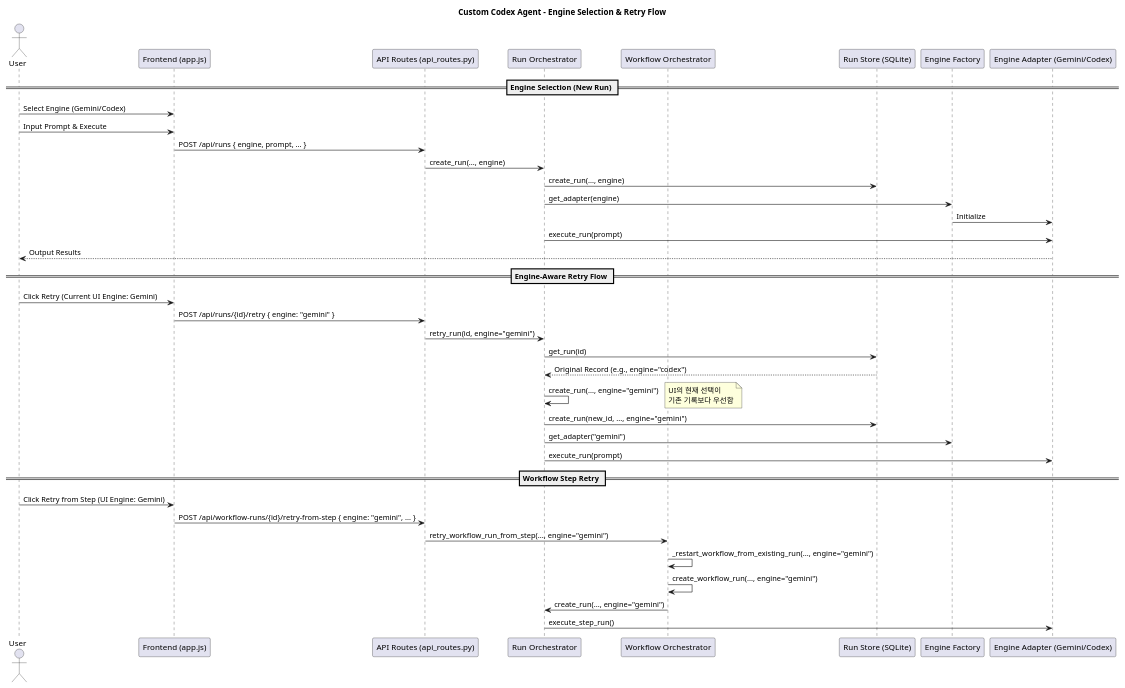
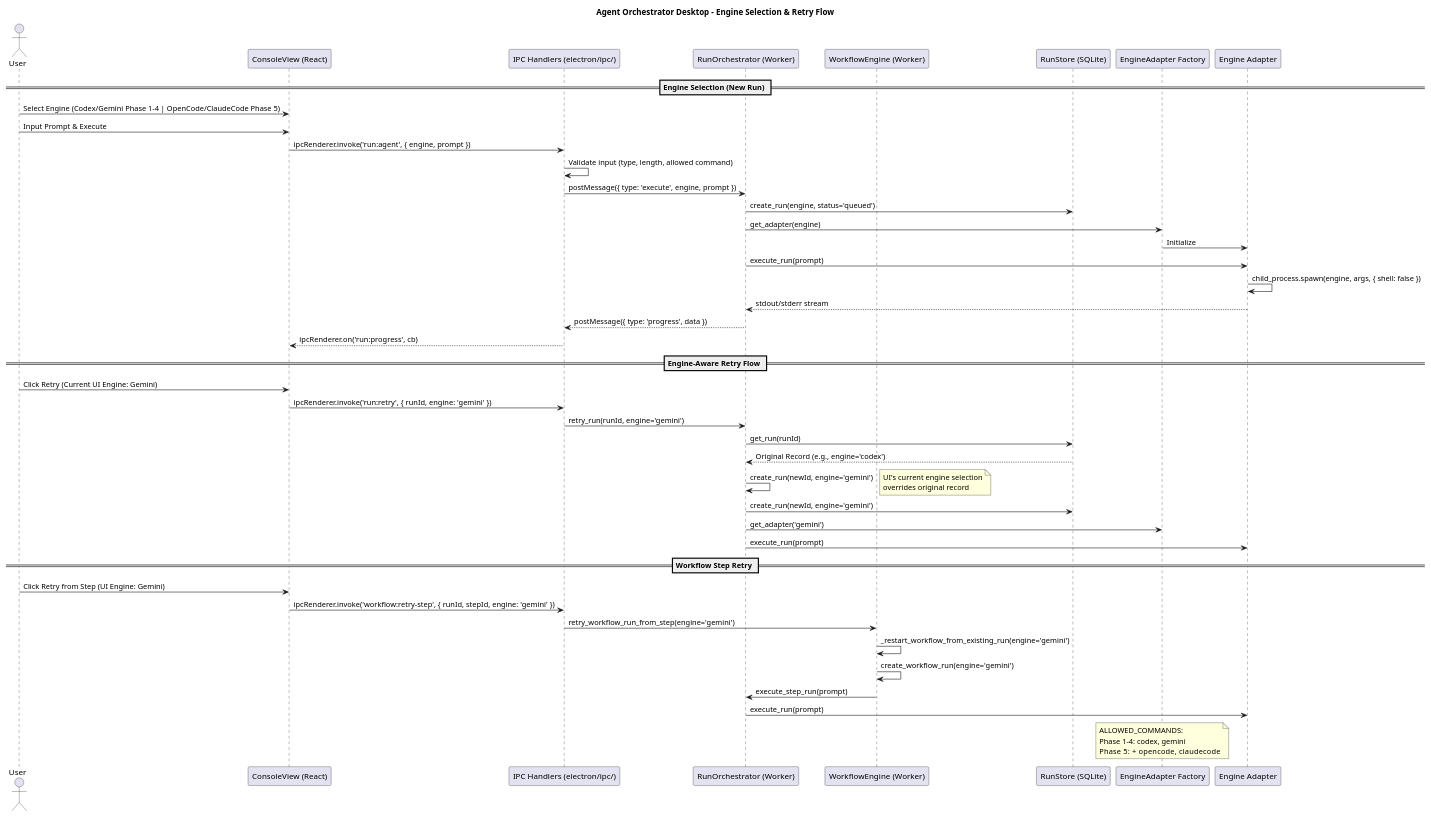
The diagram in document/engine_selection_flow.puml (kim57uak/custom-codex-agent), drawn with PlantUML before and after one commit. The commit also changed 137 other files, not shown here.

First line of the commit message:
feat: migrate from Python/FastAPI web app to Electron/TypeScript desktop app

```diff
--- a/document/engine_selection_flow.puml
+++ b/document/engine_selection_flow.puml
@@ -1,45 +1,55 @@
 @startuml
-title Custom Codex Agent - Engine Selection & Retry Flow
+title Agent Orchestrator Desktop - Engine Selection & Retry Flow
 
 actor User
-participant "Frontend (app.js)" as UI
-participant "API Routes (api_routes.py)" as API
-participant "Run Orchestrator" as RunOrc
-participant "Workflow Orchestrator" as WorkOrc
-participant "Run Store (SQLite)" as Store
-participant "Engine Factory" as Factory
-participant "Engine Adapter (Gemini/Codex)" as Adapter
+participant "ConsoleView (React)" as UI
+participant "IPC Handlers (electron/ipc/)" as IPC
+participant "RunOrchestrator (Worker)" as RO
+participant "WorkflowEngine (Worker)" as WE
+participant "RunStore (SQLite)" as RS
+participant "EngineAdapter Factory" as Factory
+participant "Engine Adapter" as Adapter
 
 == Engine Selection (New Run) ==
-User -> UI: Select Engine (Gemini/Codex)
+User -> UI: Select Engine (Codex/Gemini Phase 1-4 | OpenCode/ClaudeCode Phase 5)
 User -> UI: Input Prompt & Execute
-UI -> API: POST /api/runs { engine, prompt, ... }
-API -> RunOrc: create_run(..., engine)
-RunOrc -> Store: create_run(..., engine)
-RunOrc -> Factory: get_adapter(engine)
+UI -> IPC: ipcRenderer.invoke('run:agent', { engine, prompt })
+IPC -> IPC: Validate input (type, length, allowed command)
+IPC -> RO: postMessage({ type: 'execute', engine, prompt })
+RO -> RS: create_run(engine, status='queued')
+RO -> Factory: get_adapter(engine)
 Factory -> Adapter: Initialize
-RunOrc -> Adapter: execute_run(prompt)
-Adapter --> User: Output Results
+RO -> Adapter: execute_run(prompt)
+Adapter -> Adapter: child_process.spawn(engine, args, { shell: false })
+Adapter --> RO: stdout/stderr stream
+RO --> IPC: postMessage({ type: 'progress', data })
+IPC --> UI: ipcRenderer.on('run:progress', cb)
 
 == Engine-Aware Retry Flow ==
 User -> UI: Click Retry (Current UI Engine: Gemini)
-UI -> API: POST /api/runs/{id}/retry { engine: "gemini" }
-API -> RunOrc: retry_run(id, engine="gemini")
-RunOrc -> Store: get_run(id)
-Store --> RunOrc: Original Record (e.g., engine="codex")
-RunOrc -> RunOrc: create_run(..., engine="gemini")
-note right: UI의 현재 선택이\n기존 기록보다 우선함
-RunOrc -> Store: create_run(new_id, ..., engine="gemini")
-RunOrc -> Factory: get_adapter("gemini")
-RunOrc -> Adapter: execute_run(prompt)
+UI -> IPC: ipcRenderer.invoke('run:retry', { runId, engine: 'gemini' })
+IPC -> RO: retry_run(runId, engine='gemini')
+RO -> RS: get_run(runId)
+RS --> RO: Original Record (e.g., engine='codex')
+RO -> RO: create_run(newId, engine='gemini')
+note right: UI's current engine selection\noverrides original record
+RO -> RS: create_run(newId, engine='gemini')
+RO -> Factory: get_adapter('gemini')
+RO -> Adapter: execute_run(prompt)
 
 == Workflow Step Retry ==
 User -> UI: Click Retry from Step (UI Engine: Gemini)
-UI -> API: POST /api/workflow-runs/{id}/retry-from-step { engine: "gemini", ... }
-API -> WorkOrc: retry_workflow_run_from_step(..., engine="gemini")
-WorkOrc -> WorkOrc: _restart_workflow_from_existing_run(..., engine="gemini")
-WorkOrc -> WorkOrc: create_workflow_run(..., engine="gemini")
-WorkOrc -> RunOrc: create_run(..., engine="gemini")
-RunOrc -> Adapter: execute_step_run()
+UI -> IPC: ipcRenderer.invoke('workflow:retry-step', { runId, stepId, engine: 'gemini' })
+IPC -> WE: retry_workflow_run_from_step(engine='gemini')
+WE -> WE: _restart_workflow_from_existing_run(engine='gemini')
+WE -> WE: create_workflow_run(engine='gemini')
+WE -> RO: execute_step_run(prompt)
+RO -> Adapter: execute_run(prompt)
+
+note over Factory
+  ALLOWED_COMMANDS:
+  Phase 1-4: codex, gemini
+  Phase 5:    + opencode, claudecode
+end note
 
 @enduml
```
